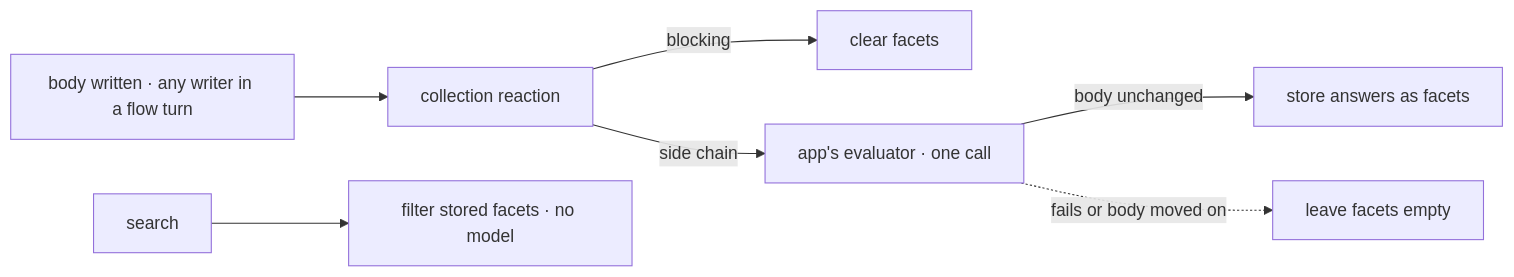
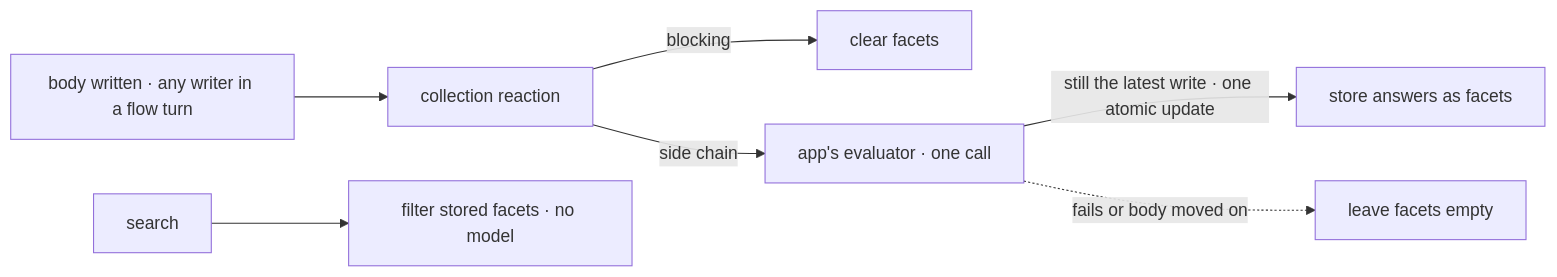
One commit to fixpoint-labs/flow-state-dev changed the diagram in specs/issues/FIX-1557/SPEC.md. Above: the diagram before and after it, drawn with Mermaid. The commit also changed other lines of this file and 4 other files, not shown here.

First line of the commit message:
spec(FIX-1557): store facets through a generation token and a CAS update

````diff
--- a/specs/issues/FIX-1557/SPEC.md
+++ b/specs/issues/FIX-1557/SPEC.md
@@ -50,9 +54,9 @@
 ```mermaid
 flowchart LR
   W["body written · any writer in a flow turn"] --> R["collection reaction"]
   R -->|"blocking"| C["clear facets"]
   R -->|"side chain"| E["app's evaluator · one call"]
-  E -->|"body unchanged"| S["store answers as facets"]
+  E -->|"still the latest write · one atomic update"| S["store answers as facets"]
   E -.->|"fails or body moved on"| N["leave facets empty"]
   Q["search"] --> F["filter stored facets · no model"]
 ```
````
